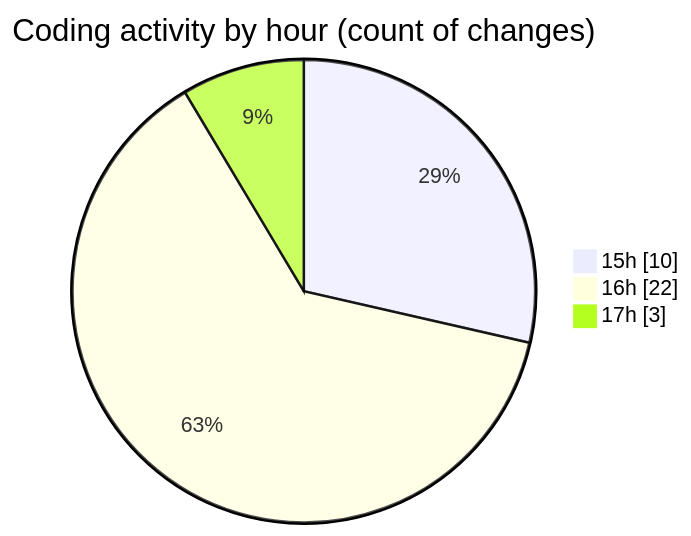
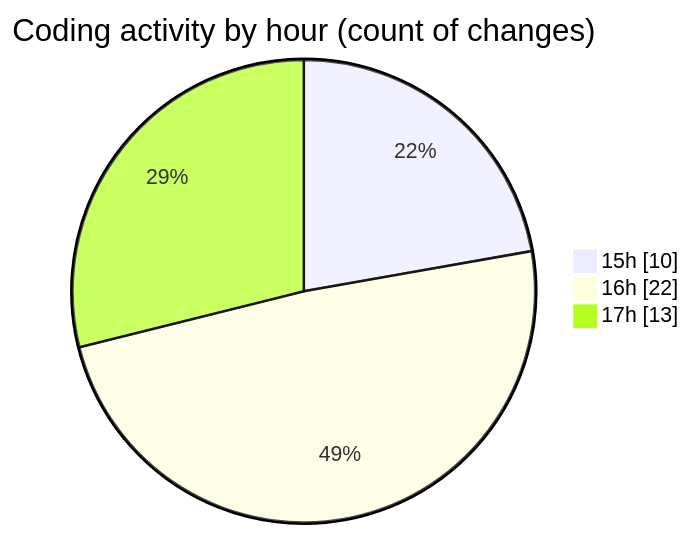
Before and after one commit to Ritupan-Deka/code-tracking: the second of 2 diagrams in 2025-06-26/webapp/README.md, drawn with Mermaid. The commit also changed other lines of this file and 1 other file, not shown here.

````diff
--- a/2025-06-26/webapp/README.md
+++ b/2025-06-26/webapp/README.md
@@ -37,7 +37,7 @@
 ```mermaid
 pie showData
 title Coding activity by hour (count of changes)
 "15h" : 10
 "16h" : 22
-"17h" : 3
+"17h" : 13
 ```
````
